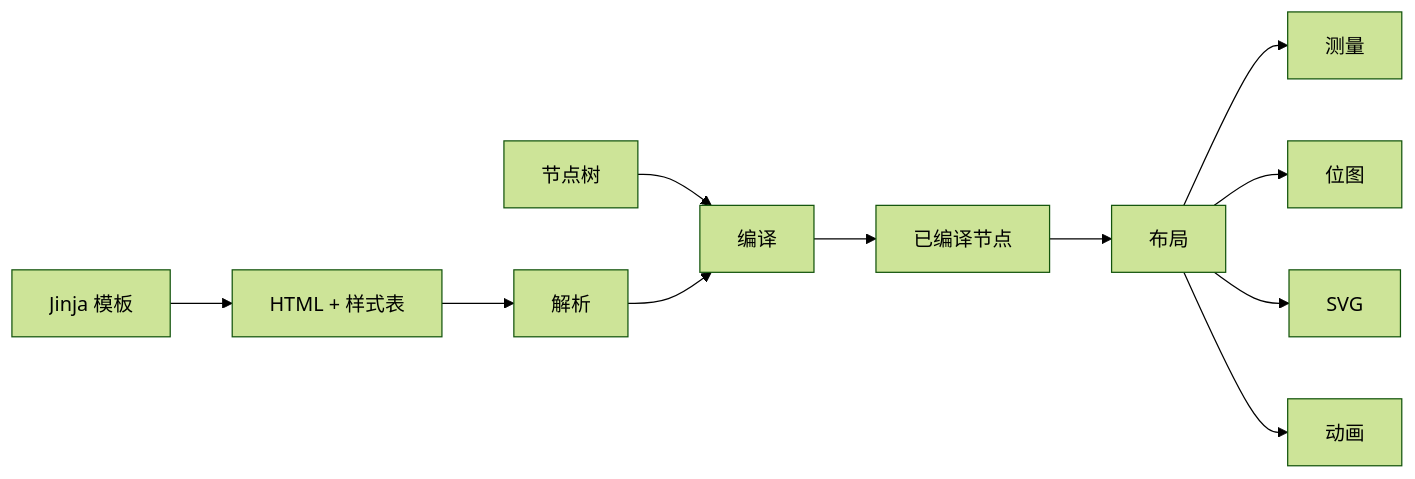
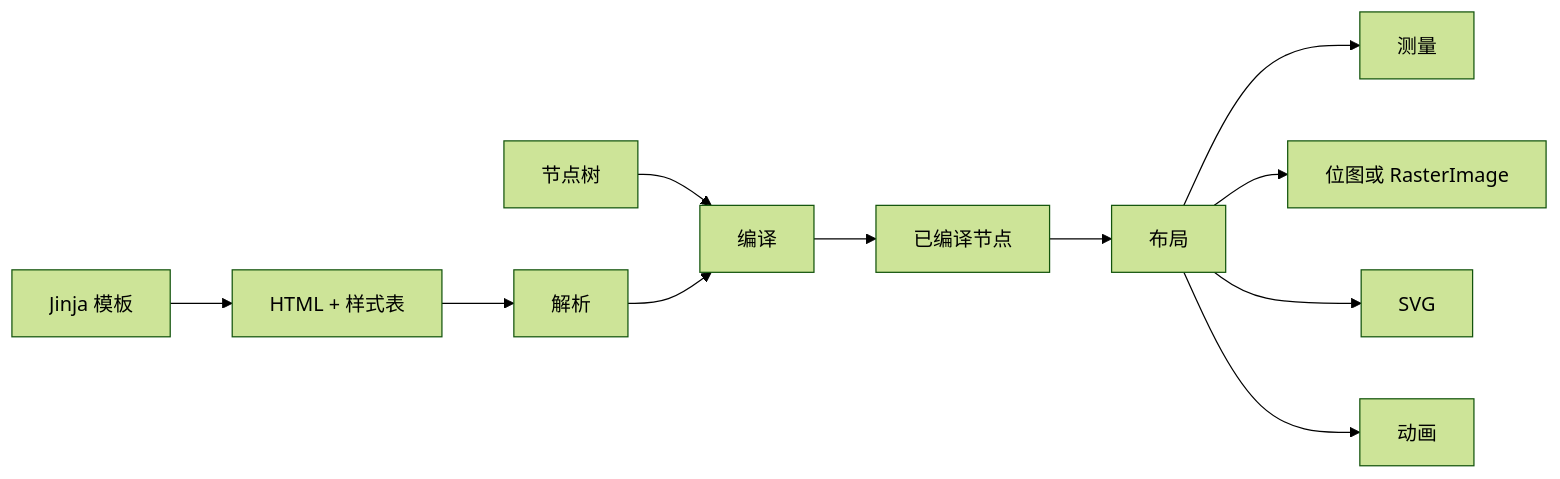
One commit to BalconyJH/takumi-py changed the diagram in docs/zh/guides/rendering.md. Above: the diagram before and after it, drawn with Mermaid (forest theme). The commit also changed other lines of this file and 45 other files, not shown here.

````diff
--- a/docs/zh/guides/rendering.md
+++ b/docs/zh/guides/rendering.md
@@ -5,12 +5,12 @@
 ```mermaid
 flowchart LR
     A["节点树"] --> C["编译"]
     B["HTML + 样式表"] --> P["解析"] --> C
     T["Jinja 模板"] --> B
     C --> D["已编译节点"]
     D --> L["布局"]
     L --> M["测量"]
-    L --> R["位图"]
+    L --> R["位图或 RasterImage"]
     L --> S["SVG"]
     L --> N["动画"]
 ```
````
